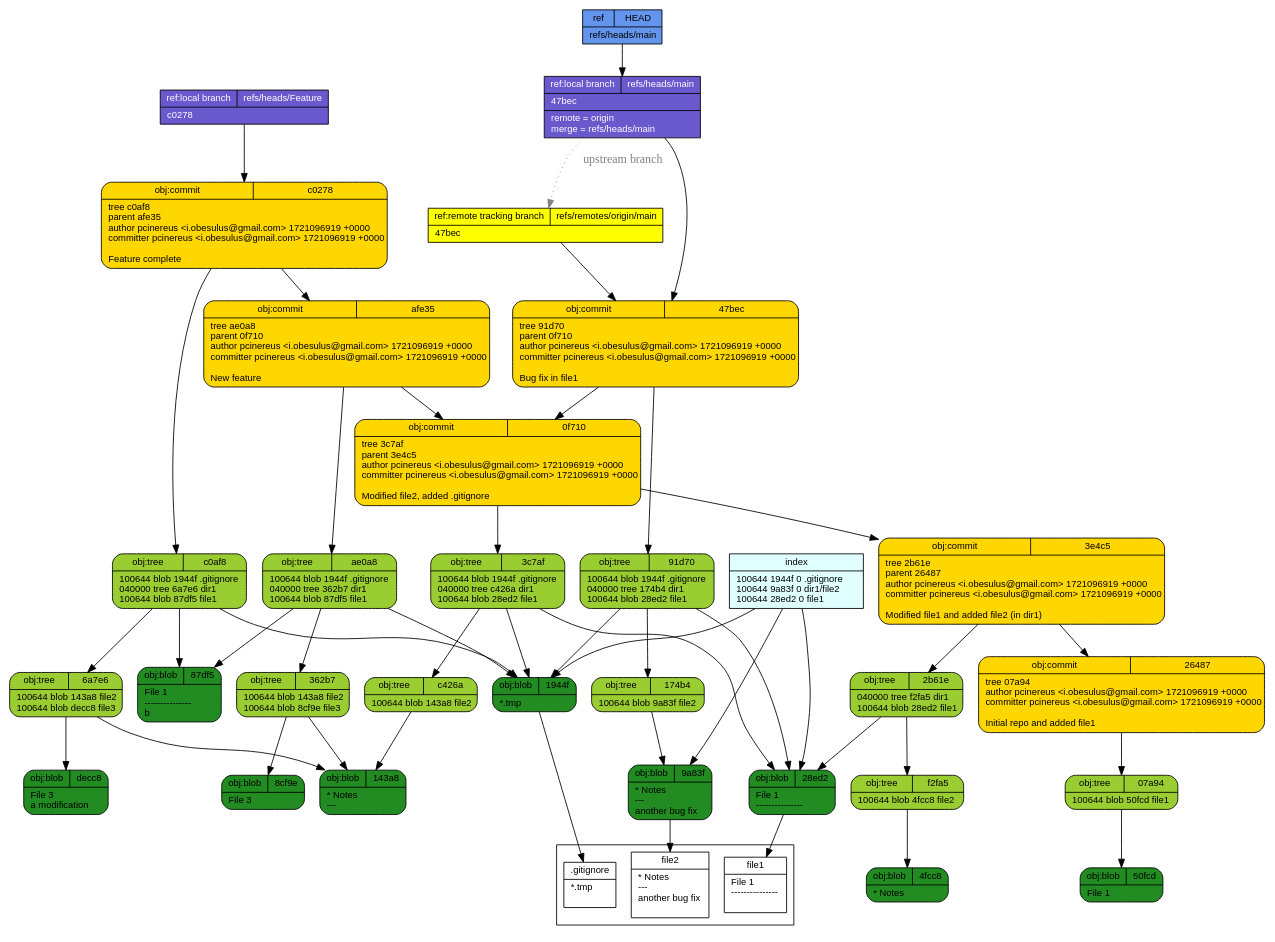
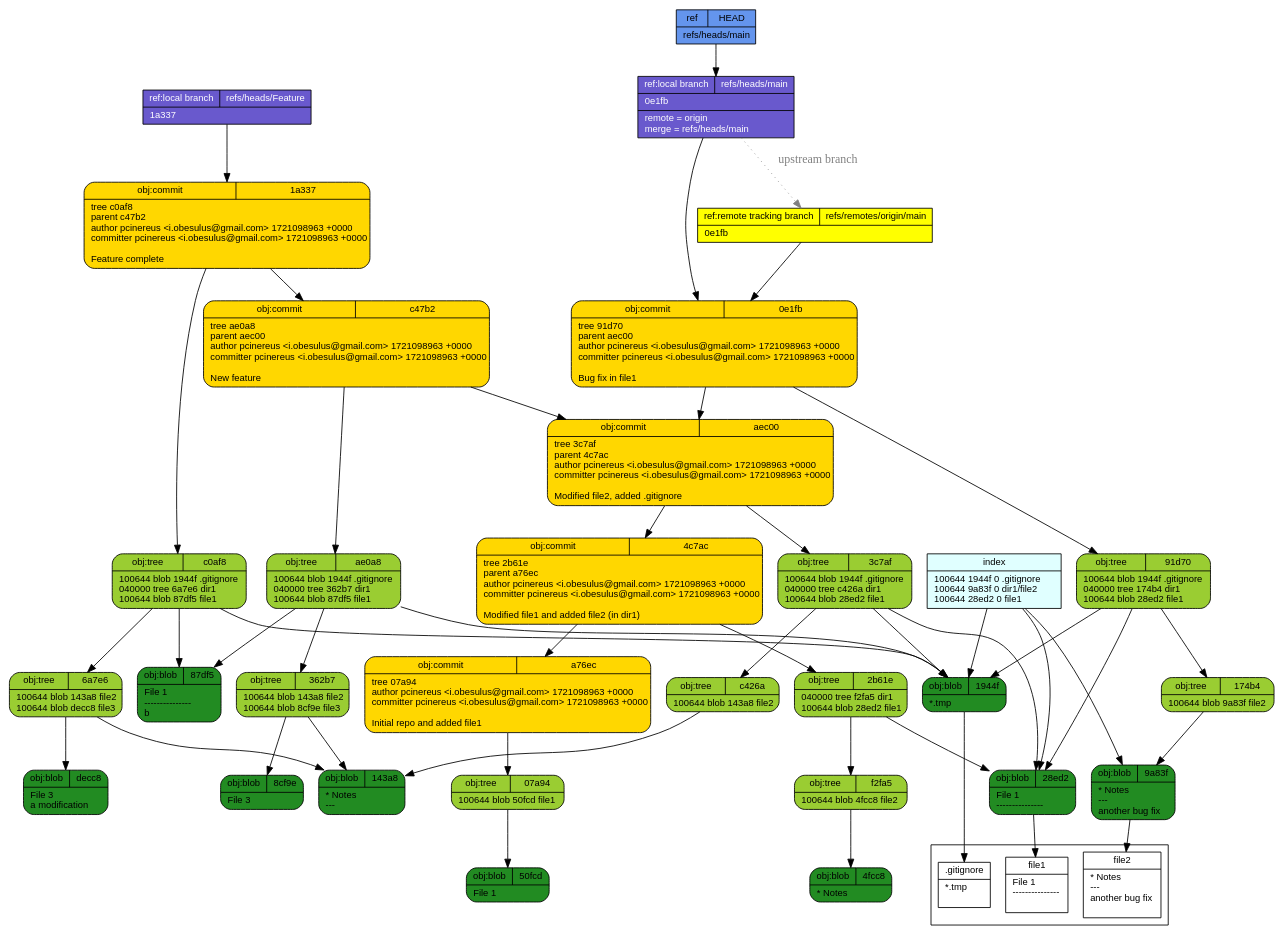
One commit to pcinereus/SUYRs_documents changed the diagram in tut/git-draw.dot. Above: the diagram before and after it, drawn with Graphviz. The commit also changed 608 other files, not shown here.

```diff
--- a/tut/git-draw.dot
+++ b/tut/git-draw.dot
@@ -1,57 +1,57 @@
 digraph structs {
   node [shape=record,fontsize=11,fontname="arial"];
   rankdir="TB";
   _f2fa5 [fillcolor="yellowgreen", style="filled,rounded", label="{{obj:tree|f2fa5}|100644\ blob\ 4fcc8\	file2\l}"]  _f2fa5 -> _4fcc8
   _07a94 [fillcolor="yellowgreen", style="filled,rounded", label="{{obj:tree|07a94}|100644\ blob\ 50fcd\	file1\l}"]  _07a94 -> _50fcd
   _143a8 [fillcolor="forestgreen", style="filled,rounded", label="{{obj:blob|143a8}|\*\ Notes\l\-\-\-\l}"]  _c0af8 [fillcolor="yellowgreen", style="filled,rounded", label="{{obj:tree|c0af8}|100644\ blob\ 1944f\	\.gitignore\l040000\ tree\ 6a7e6\	dir1\l100644\ blob\ 87df5\	file1\l}"]  _c0af8 -> _1944f
   _c0af8 -> _6a7e6
   _c0af8 -> _87df5
-  _c0278 [fillcolor="gold", style="filled,rounded", label="{{obj:commit|c0278}|tree\ c0af8\lparent\ afe35\lauthor\ pcinereus\ \<i\.obesulus\@gmail\.com\>\ 1721096919\ \+0000\lcommitter\ pcinereus\ \<i\.obesulus\@gmail\.com\>\ 1721096919\ \+0000\l\lFeature\ complete\l}"]  _c0278 -> _c0af8
-  _c0278 -> _afe35
-  _4fcc8 [fillcolor="forestgreen", style="filled,rounded", label="{{obj:blob|4fcc8}|\*\ Notes\l}"]  _26487 [fillcolor="gold", style="filled,rounded", label="{{obj:commit|26487}|tree\ 07a94\lauthor\ pcinereus\ \<i\.obesulus\@gmail\.com\>\ 1721096919\ \+0000\lcommitter\ pcinereus\ \<i\.obesulus\@gmail\.com\>\ 1721096919\ \+0000\l\lInitial\ repo\ and\ added\ file1\l}"]  _26487 -> _07a94
-  _0f710 [fillcolor="gold", style="filled,rounded", label="{{obj:commit|0f710}|tree\ 3c7af\lparent\ 3e4c5\lauthor\ pcinereus\ \<i\.obesulus\@gmail\.com\>\ 1721096919\ \+0000\lcommitter\ pcinereus\ \<i\.obesulus\@gmail\.com\>\ 1721096919\ \+0000\l\lModified\ file2\,\ added\ \.gitignore\l}"]  _0f710 -> _3c7af
-  _0f710 -> _3e4c5
+  _4fcc8 [fillcolor="forestgreen", style="filled,rounded", label="{{obj:blob|4fcc8}|\*\ Notes\l}"]  _4c7ac [fillcolor="gold", style="filled,rounded", label="{{obj:commit|4c7ac}|tree\ 2b61e\lparent\ a76ec\lauthor\ pcinereus\ \<i\.obesulus\@gmail\.com\>\ 1721098963\ \+0000\lcommitter\ pcinereus\ \<i\.obesulus\@gmail\.com\>\ 1721098963\ \+0000\l\lModified\ file1\ and\ added\ file2\ \(in\ dir1\)\l}"]  _4c7ac -> _2b61e
+  _4c7ac -> _a76ec
   _c426a [fillcolor="yellowgreen", style="filled,rounded", label="{{obj:tree|c426a}|100644\ blob\ 143a8\	file2\l}"]  _c426a -> _143a8
-  _1944f [fillcolor="forestgreen", style="filled,rounded", label="{{obj:blob|1944f}|\*\.tmp\l}"]  _50fcd [fillcolor="forestgreen", style="filled,rounded", label="{{obj:blob|50fcd}|File\ 1\l}"]  _afe35 [fillcolor="gold", style="filled,rounded", label="{{obj:commit|afe35}|tree\ ae0a8\lparent\ 0f710\lauthor\ pcinereus\ \<i\.obesulus\@gmail\.com\>\ 1721096919\ \+0000\lcommitter\ pcinereus\ \<i\.obesulus\@gmail\.com\>\ 1721096919\ \+0000\l\lNew\ feature\l}"]  _afe35 -> _ae0a8
-  _afe35 -> _0f710
-  _47bec [fillcolor="gold", style="filled,rounded", label="{{obj:commit|47bec}|tree\ 91d70\lparent\ 0f710\lauthor\ pcinereus\ \<i\.obesulus\@gmail\.com\>\ 1721096919\ \+0000\lcommitter\ pcinereus\ \<i\.obesulus\@gmail\.com\>\ 1721096919\ \+0000\l\lBug\ fix\ in\ file1\l}"]  _47bec -> _91d70
-  _47bec -> _0f710
-  _3e4c5 [fillcolor="gold", style="filled,rounded", label="{{obj:commit|3e4c5}|tree\ 2b61e\lparent\ 26487\lauthor\ pcinereus\ \<i\.obesulus\@gmail\.com\>\ 1721096919\ \+0000\lcommitter\ pcinereus\ \<i\.obesulus\@gmail\.com\>\ 1721096919\ \+0000\l\lModified\ file1\ and\ added\ file2\ \(in\ dir1\)\l}"]  _3e4c5 -> _2b61e
-  _3e4c5 -> _26487
+  _c47b2 [fillcolor="gold", style="filled,rounded", label="{{obj:commit|c47b2}|tree\ ae0a8\lparent\ aec00\lauthor\ pcinereus\ \<i\.obesulus\@gmail\.com\>\ 1721098963\ \+0000\lcommitter\ pcinereus\ \<i\.obesulus\@gmail\.com\>\ 1721098963\ \+0000\l\lNew\ feature\l}"]  _c47b2 -> _ae0a8
+  _c47b2 -> _aec00
+  _1944f [fillcolor="forestgreen", style="filled,rounded", label="{{obj:blob|1944f}|\*\.tmp\l}"]  _50fcd [fillcolor="forestgreen", style="filled,rounded", label="{{obj:blob|50fcd}|File\ 1\l}"]  _a76ec [fillcolor="gold", style="filled,rounded", label="{{obj:commit|a76ec}|tree\ 07a94\lauthor\ pcinereus\ \<i\.obesulus\@gmail\.com\>\ 1721098963\ \+0000\lcommitter\ pcinereus\ \<i\.obesulus\@gmail\.com\>\ 1721098963\ \+0000\l\lInitial\ repo\ and\ added\ file1\l}"]  _a76ec -> _07a94
+  _0e1fb [fillcolor="gold", style="filled,rounded", label="{{obj:commit|0e1fb}|tree\ 91d70\lparent\ aec00\lauthor\ pcinereus\ \<i\.obesulus\@gmail\.com\>\ 1721098963\ \+0000\lcommitter\ pcinereus\ \<i\.obesulus\@gmail\.com\>\ 1721098963\ \+0000\l\lBug\ fix\ in\ file1\l}"]  _0e1fb -> _91d70
+  _0e1fb -> _aec00
   _8cf9e [fillcolor="forestgreen", style="filled,rounded", label="{{obj:blob|8cf9e}|File\ 3\l}"]  _91d70 [fillcolor="yellowgreen", style="filled,rounded", label="{{obj:tree|91d70}|100644\ blob\ 1944f\	\.gitignore\l040000\ tree\ 174b4\	dir1\l100644\ blob\ 28ed2\	file1\l}"]  _91d70 -> _1944f
   _91d70 -> _174b4
   _91d70 -> _28ed2
-  _9a83f [fillcolor="forestgreen", style="filled,rounded", label="{{obj:blob|9a83f}|\*\ Notes\l\-\-\-\l\ another\ bug\ fix\l}"]  _ae0a8 [fillcolor="yellowgreen", style="filled,rounded", label="{{obj:tree|ae0a8}|100644\ blob\ 1944f\	\.gitignore\l040000\ tree\ 362b7\	dir1\l100644\ blob\ 87df5\	file1\l}"]  _ae0a8 -> _1944f
+  _9a83f [fillcolor="forestgreen", style="filled,rounded", label="{{obj:blob|9a83f}|\*\ Notes\l\-\-\-\l\ another\ bug\ fix\l}"]  _aec00 [fillcolor="gold", style="filled,rounded", label="{{obj:commit|aec00}|tree\ 3c7af\lparent\ 4c7ac\lauthor\ pcinereus\ \<i\.obesulus\@gmail\.com\>\ 1721098963\ \+0000\lcommitter\ pcinereus\ \<i\.obesulus\@gmail\.com\>\ 1721098963\ \+0000\l\lModified\ file2\,\ added\ \.gitignore\l}"]  _aec00 -> _3c7af
+  _aec00 -> _4c7ac
+  _ae0a8 [fillcolor="yellowgreen", style="filled,rounded", label="{{obj:tree|ae0a8}|100644\ blob\ 1944f\	\.gitignore\l040000\ tree\ 362b7\	dir1\l100644\ blob\ 87df5\	file1\l}"]  _ae0a8 -> _1944f
   _ae0a8 -> _362b7
   _ae0a8 -> _87df5
+  _1a337 [fillcolor="gold", style="filled,rounded", label="{{obj:commit|1a337}|tree\ c0af8\lparent\ c47b2\lauthor\ pcinereus\ \<i\.obesulus\@gmail\.com\>\ 1721098963\ \+0000\lcommitter\ pcinereus\ \<i\.obesulus\@gmail\.com\>\ 1721098963\ \+0000\l\lFeature\ complete\l}"]  _1a337 -> _c0af8
+  _1a337 -> _c47b2
   _2b61e [fillcolor="yellowgreen", style="filled,rounded", label="{{obj:tree|2b61e}|040000\ tree\ f2fa5\	dir1\l100644\ blob\ 28ed2\	file1\l}"]  _2b61e -> _f2fa5
   _2b61e -> _28ed2
   _87df5 [fillcolor="forestgreen", style="filled,rounded", label="{{obj:blob|87df5}|File\ 1\l\-\-\-\-\-\-\-\-\-\-\-\-\-\-\-\lb\l}"]  _362b7 [fillcolor="yellowgreen", style="filled,rounded", label="{{obj:tree|362b7}|100644\ blob\ 143a8\	file2\l100644\ blob\ 8cf9e\	file3\l}"]  _362b7 -> _143a8
   _362b7 -> _8cf9e
   _3c7af [fillcolor="yellowgreen", style="filled,rounded", label="{{obj:tree|3c7af}|100644\ blob\ 1944f\	\.gitignore\l040000\ tree\ c426a\	dir1\l100644\ blob\ 28ed2\	file1\l}"]  _3c7af -> _1944f
   _3c7af -> _c426a
   _3c7af -> _28ed2
   _28ed2 [fillcolor="forestgreen", style="filled,rounded", label="{{obj:blob|28ed2}|File\ 1\l\-\-\-\-\-\-\-\-\-\-\-\-\-\-\-\l}"]  _6a7e6 [fillcolor="yellowgreen", style="filled,rounded", label="{{obj:tree|6a7e6}|100644\ blob\ 143a8\	file2\l100644\ blob\ decc8\	file3\l}"]  _6a7e6 -> _143a8
   _6a7e6 -> _decc8
   _174b4 [fillcolor="yellowgreen", style="filled,rounded", label="{{obj:tree|174b4}|100644\ blob\ 9a83f\	file2\l}"]  _174b4 -> _9a83f
-  _decc8 [fillcolor="forestgreen", style="filled,rounded", label="{{obj:blob|decc8}|File\ 3\l\ a\ modification\l}"]  _refs___heads___Feature [style=filled, fillcolor=slateblue3, fontcolor = white,  label="{{ref:local branch|refs\/heads\/Feature}|c0278\l}"]
-  _refs___heads___Feature -> _c0278
+  _decc8 [fillcolor="forestgreen", style="filled,rounded", label="{{obj:blob|decc8}|File\ 3\l\ a\ modification\l}"]  _refs___heads___Feature [style=filled, fillcolor=slateblue3, fontcolor = white,  label="{{ref:local branch|refs\/heads\/Feature}|1a337\l}"]
+  _refs___heads___Feature -> _1a337
   _refs___heads___main -> _refs___remotes___origin___main [style=dotted, color=gray, fontcolor=gray, label="upstream branch"]
-  _refs___heads___main [style=filled, fillcolor=slateblue3, fontcolor = white,  label="{{ref:local branch|refs\/heads\/main}|47bec\l|remote\ \=\ origin\lmerge\ \=\ refs\/heads\/main\l}"]
-  _refs___heads___main -> _47bec
-  _refs___remotes___origin___main [style=filled, fillcolor=yellow, fontcolor = black,  label="{{ref:remote tracking branch|refs\/remotes\/origin\/main}|47bec\l}"]
-  _refs___remotes___origin___main -> _47bec
+  _refs___heads___main [style=filled, fillcolor=slateblue3, fontcolor = white,  label="{{ref:local branch|refs\/heads\/main}|0e1fb\l|remote\ \=\ origin\lmerge\ \=\ refs\/heads\/main\l}"]
+  _refs___heads___main -> _0e1fb
+  _refs___remotes___origin___main [style=filled, fillcolor=yellow, fontcolor = black,  label="{{ref:remote tracking branch|refs\/remotes\/origin\/main}|0e1fb\l}"]
+  _refs___remotes___origin___main -> _0e1fb
   _HEAD [style=filled, fillcolor=cornflowerblue, fontcolor=black,  label="{{ref|HEAD}|refs\/heads\/main\l}"]
   _HEAD -> _refs___heads___main
   index -> _1944f
   index -> _9a83f
   index -> _28ed2
   index [style=filled, fillcolor=lightcyan, label="{{index}|100644\ 1944f\ 0\	\.gitignore\l100644\ 9a83f\ 0\	dir1\/file2\l100644\ 28ed2\ 0\	file1\l}"]
 subgraph cluster_1 {rank=sink  _gitignore [fillcolor="white", label="{{.gitignore}|*.tmp\l\l}"] 
   _file2 [fillcolor="white", label="{{file2}|* Notes\l---\l another bug fix\l\l}"] 
   _file1 [fillcolor="white", label="{{file1}|File 1\l---------------\l\l}"] 
 }
  _1944f -> _gitignore
  _9a83f -> _file2
  _28ed2 -> _file1
 }
```
